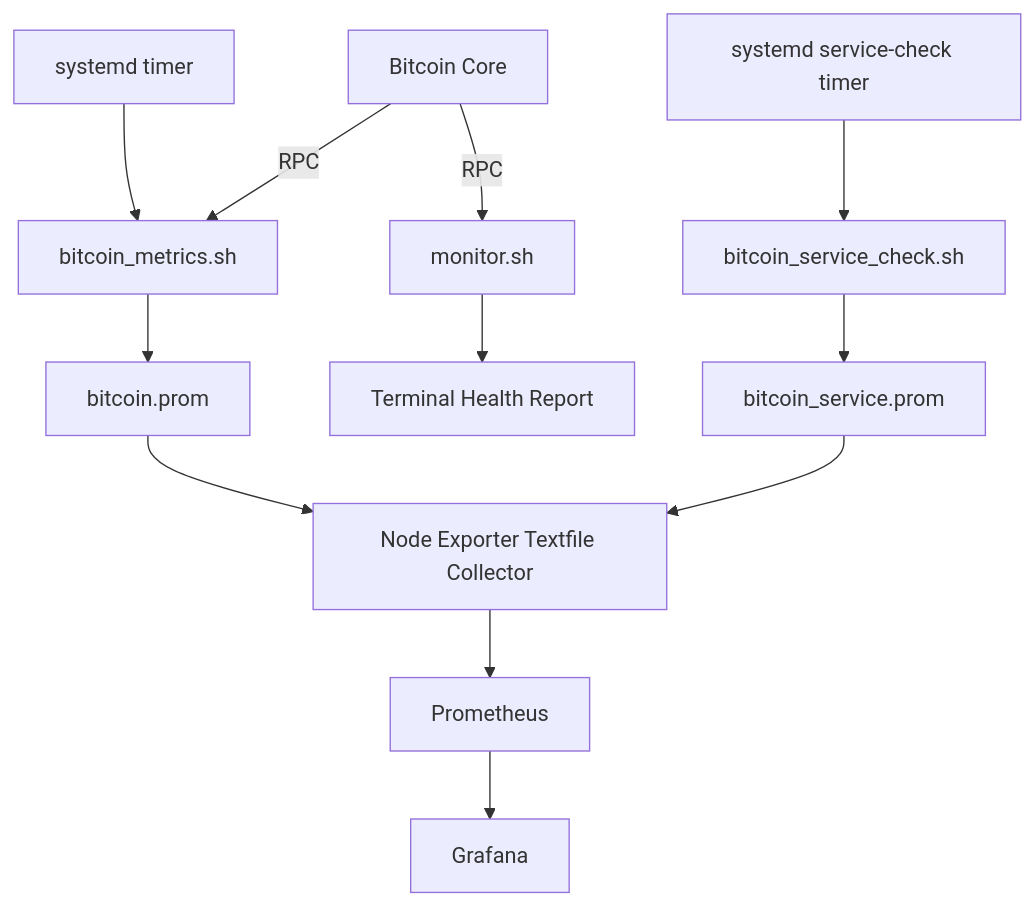
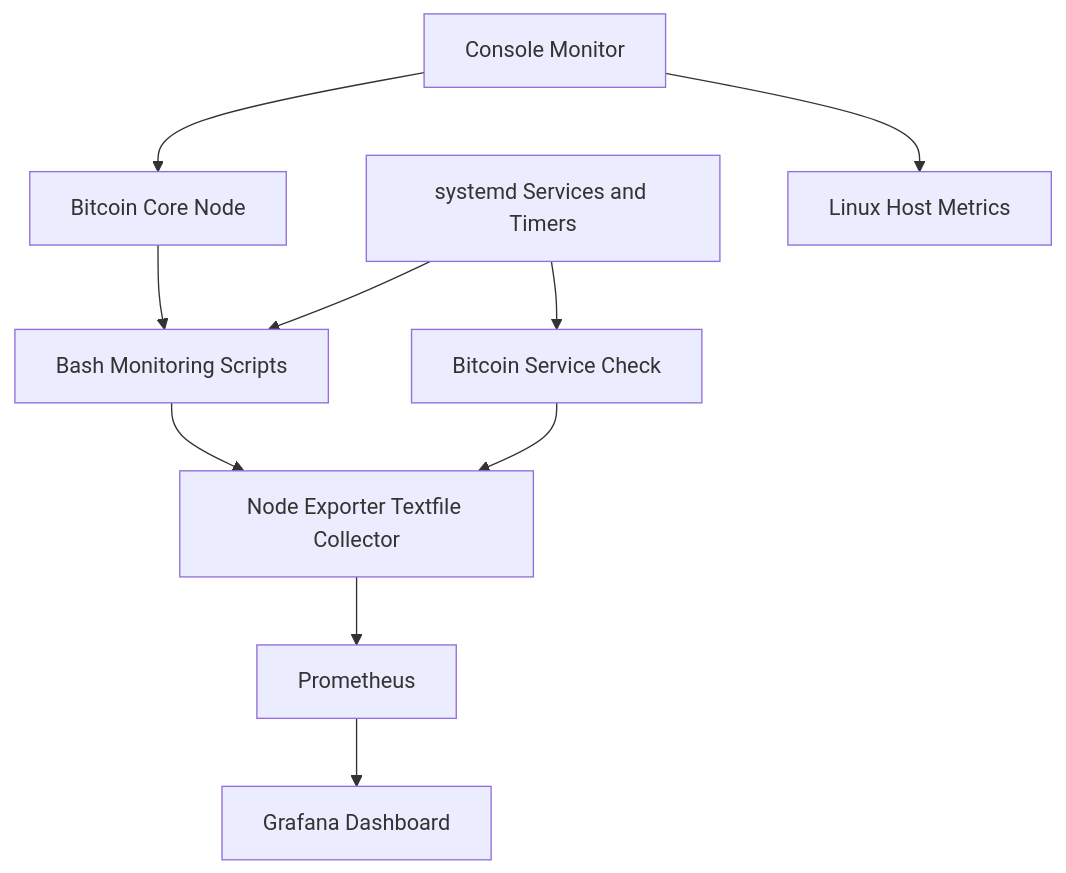
The diagram in README.md (root93phpdev/bitcoin-node-monitoring), drawn with Mermaid before and after one commit. The commit also changed other lines of this file, not shown here.

````diff
--- a/README.md
+++ b/README.md
@@ -23,19 +21,14 @@
 ```mermaid
 flowchart TD
-    A["Bitcoin Core"] -->|RPC| B["bitcoin_metrics.sh"]
-    B --> C["bitcoin.prom"]
+    A[Bitcoin Core Node] --> B[Bash Monitoring Scripts]
+    B --> C[Node Exporter Textfile Collector]
+    C --> D[Prometheus]
+    D --> E[Grafana Dashboard]
 
-    D["systemd timer"] --> B
+    F[systemd Services and Timers] --> B
+    F --> G[Bitcoin Service Check]
+    G --> C
 
-    E["bitcoin_service_check.sh"] --> F["bitcoin_service.prom"]
-    G["systemd service-check timer"] --> E
-
-    C --> H["Node Exporter Textfile Collector"]
-    F --> H
-
-    H --> I["Prometheus"]
-    I --> J["Grafana"]
-
-    A -->|RPC| K["monitor.sh"]
-    K --> L["Terminal Health Report"]
+    H[Console Monitor] --> A
+    H --> I[Linux Host Metrics]
 ```
````
